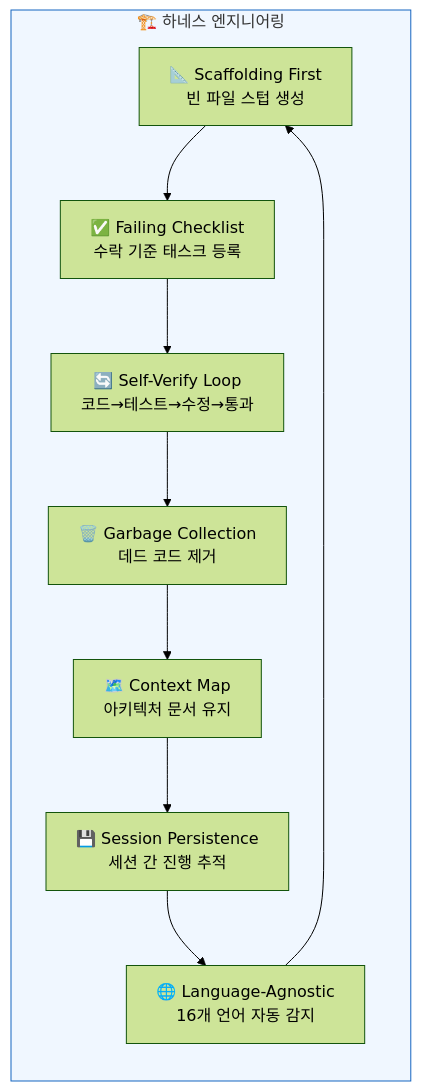
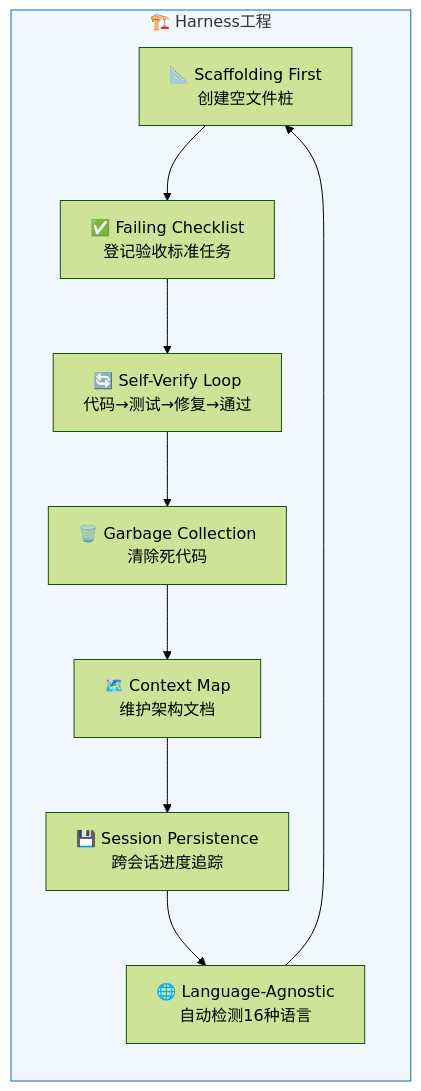
One commit to modu-ai/moai-adk changed the first of 2 diagrams in docs-site/content/zh/core-concepts/harness-engineering.md. Above: the diagram before and after it, drawn with Mermaid (forest theme). The commit also changed other lines of this file and 8 other files, not shown here.

````diff
--- a/docs-site/content/zh/core-concepts/harness-engineering.md
+++ b/docs-site/content/zh/core-concepts/harness-engineering.md
@@ -20,15 +20,15 @@
 ```mermaid
 graph TB
-    subgraph Harness["🏗️ 하네스 엔지니어링"]
+    subgraph Harness["🏗️ Harness工程"]
         direction TB
-        SF["📐 Scaffolding First<br/>빈 파일 스텁 생성"] --> FC["✅ Failing Checklist<br/>수락 기준 태스크 등록"]
-        FC --> SV["🔄 Self-Verify Loop<br/>코드→테스트→수정→통과"]
-        SV --> GC["🗑️ Garbage Collection<br/>데드 코드 제거"]
-        GC --> CM["🗺️ Context Map<br/>아키텍처 문서 유지"]
-        CM --> SP["💾 Session Persistence<br/>세션 간 진행 추적"]
-        SP --> LA["🌐 Language-Agnostic<br/>16개 언어 자동 감지"]
+        SF["📐 Scaffolding First<br/>创建空文件桩"] --> FC["✅ Failing Checklist<br/>登记验收标准任务"]
+        FC --> SV["🔄 Self-Verify Loop<br/>代码→测试→修复→通过"]
+        SV --> GC["🗑️ Garbage Collection<br/>清除死代码"]
+        GC --> CM["🗺️ Context Map<br/>维护架构文档"]
+        CM --> SP["💾 Session Persistence<br/>跨会话进度追踪"]
+        SP --> LA["🌐 Language-Agnostic<br/>自动检测16种语言"]
         LA --> SF
     end
 
     style Harness fill:#f0f7ff,stroke:#1565C0
 ```
````
